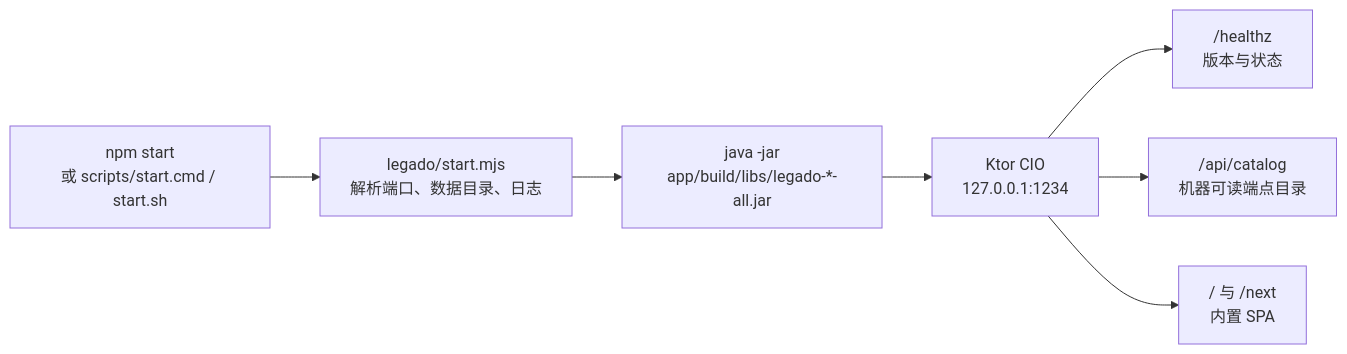
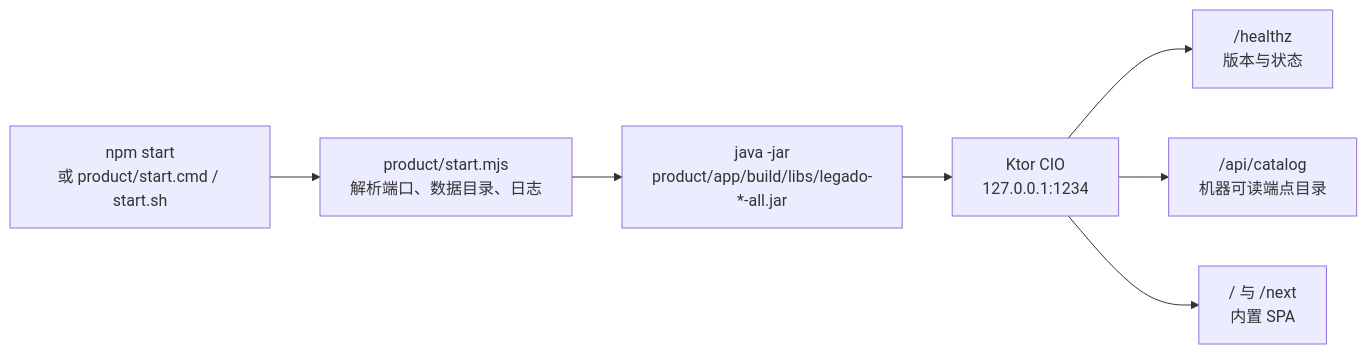
One commit to linqinqiu/legadoQ changed the fifth of 6 diagrams in docs/ARCHITECTURE.md. Above: the diagram before and after it, drawn with Mermaid. The commit also changed other lines of this file and 22 other files, not shown here.

````diff
--- a/docs/ARCHITECTURE.md
+++ b/docs/ARCHITECTURE.md
@@ -185,9 +185,9 @@
 ```mermaid
 flowchart LR
-    A["npm start<br/>或 scripts/start.cmd / start.sh"] --> B["legado/start.mjs<br/>解析端口、数据目录、日志"]
-    B --> C["java -jar<br/>app/build/libs/legado-*-all.jar"]
+    A["npm start<br/>或 product/start.cmd / start.sh"] --> B["product/start.mjs<br/>解析端口、数据目录、日志"]
+    B --> C["java -jar<br/>product/app/build/libs/legado-*-all.jar"]
     C --> D["Ktor CIO<br/>127.0.0.1:1234"]
     D --> E["/healthz<br/>版本与状态"]
     D --> F["/api/catalog<br/>机器可读端点目录"]
     D --> G["/ 与 /next<br/>内置 SPA"]
 ```
````
